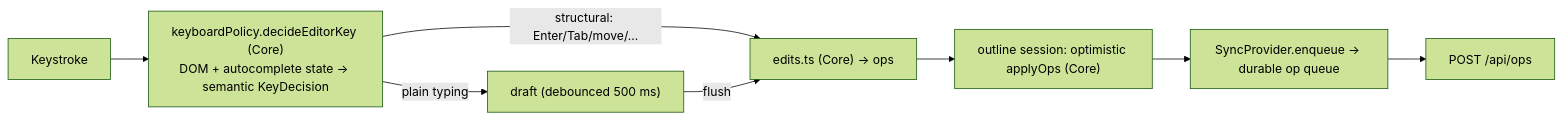
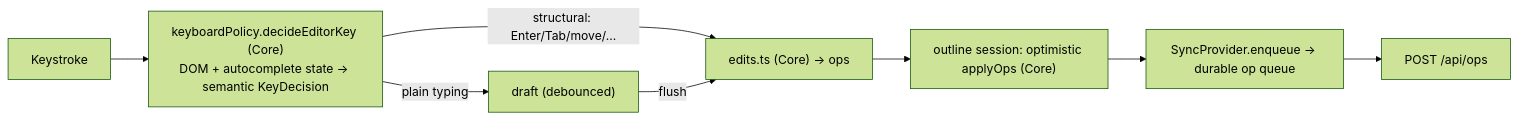
The diagram in docs/architecture/frontend-editor.md (ArthurClune/pkm-system), drawn with Mermaid (forest theme) before and after one commit. The commit also changed other lines of this file and 7 other files, not shown here.

````diff
--- a/docs/architecture/frontend-editor.md
+++ b/docs/architecture/frontend-editor.md
@@ -172,10 +155,10 @@
 ```mermaid
 flowchart LR
     K[Keystroke] --> KP["keyboardPolicy.decideEditorKey (Core)<br/>DOM + autocomplete state → semantic KeyDecision"]
     KP -->|structural: Enter/Tab/move/…| OPS["edits.ts (Core) → ops"]
-    KP -->|plain typing| D["draft (debounced 500 ms)"]
+    KP -->|plain typing| D["draft (debounced)"]
     D -->|flush| OPS
     OPS --> S["outline session: optimistic applyOps (Core)"]
     S --> Q["SyncProvider.enqueue → durable op queue"]
     Q --> API["POST /api/ops"]
 ```
````
